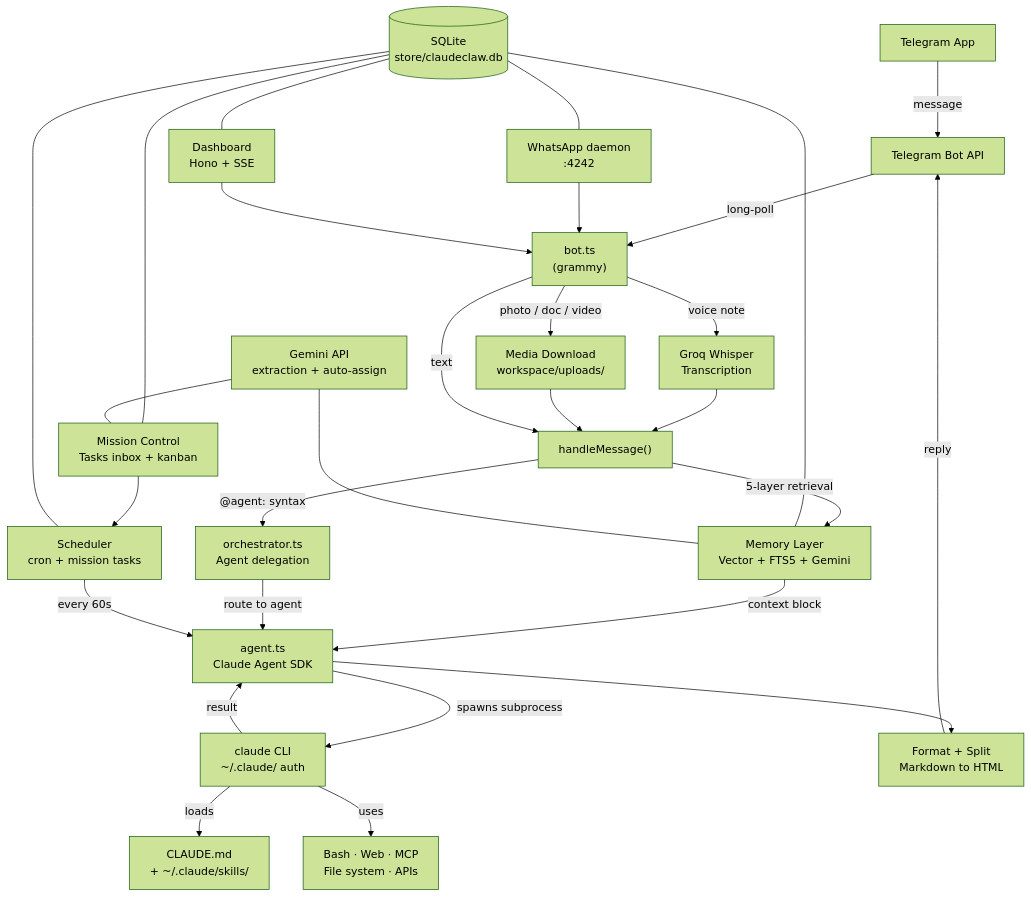
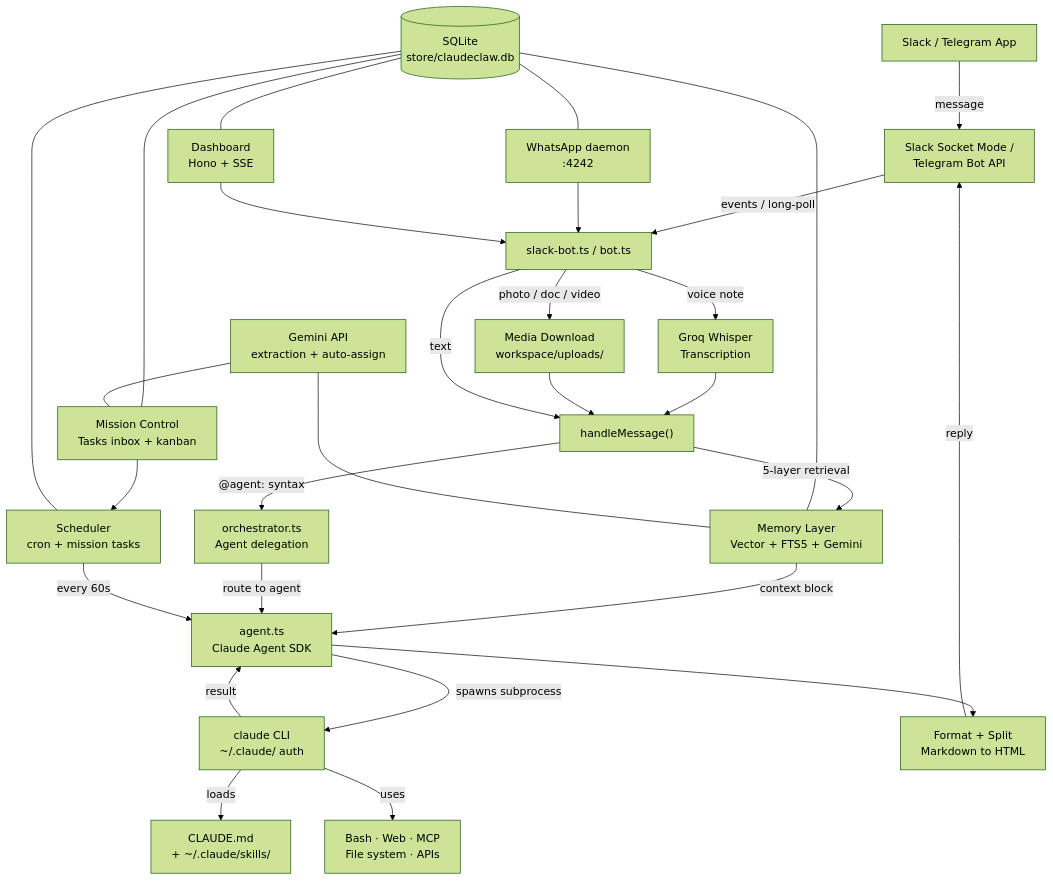
The diagram in README.md (Shannon1980/claudeclaw-os), drawn with Mermaid (forest theme) before and after one commit. The commit also changed other lines of this file and 11 other files, not shown here.

````diff
--- a/README.md
+++ b/README.md
@@ -1755,39 +1773,39 @@
 ```mermaid
 flowchart TD
-    Phone["Telegram App"] -->|message| TGAPI["Telegram Bot API"]
-    TGAPI -->|long-poll| Bot["bot.ts\n(grammy)"]
+    Phone["Slack / Telegram App"] -->|message| TGAPI["Slack Socket Mode /\nTelegram Bot API"]
+    TGAPI -->|events / long-poll| Bot["slack-bot.ts / bot.ts"]
 
     Bot -->|voice note| STT["Groq Whisper\nTranscription"]
     Bot -->|photo / doc / video| DL["Media Download\nworkspace/uploads/"]
     STT --> Handler
     DL --> Handler
     Bot -->|text| Handler["handleMessage()"]
 
     Handler -->|"5-layer retrieval"| Mem["Memory Layer\nVector + FTS5 + Gemini"]
     Mem -->|context block| Agent
 
     Handler -->|"@agent: syntax"| Orch["orchestrator.ts\nAgent delegation"]
     Orch -->|route to agent| Agent
 
     Agent["agent.ts\nClaude Agent SDK"] -->|spawns subprocess| CC["claude CLI\n~/.claude/ auth"]
     CC -->|loads| Config["CLAUDE.md\n+ ~/.claude/skills/"]
     CC -->|uses| Tools["Bash · Web · MCP\nFile system · APIs"]
     CC -->|result| Agent
 
     Agent --> Format["Format + Split\nMarkdown to HTML"]
     Format -->|reply| TGAPI
 
     Sched["Scheduler\ncron + mission tasks"] -->|every 60s| Agent
     WA["WhatsApp daemon\n:4242"] --> Bot
     Dashboard["Dashboard\nHono + SSE"] --> Bot
     Mission["Mission Control\nTasks inbox + kanban"] --> Sched
 
     DB[("SQLite\nstore/claudeclaw.db")] --- Mem
     DB --- Sched
     DB --- WA
     DB --- Dashboard
     DB --- Mission
 
     Gemini["Gemini API\nextraction + auto-assign"] --- Mem
     Gemini --- Mission
 ```
````
